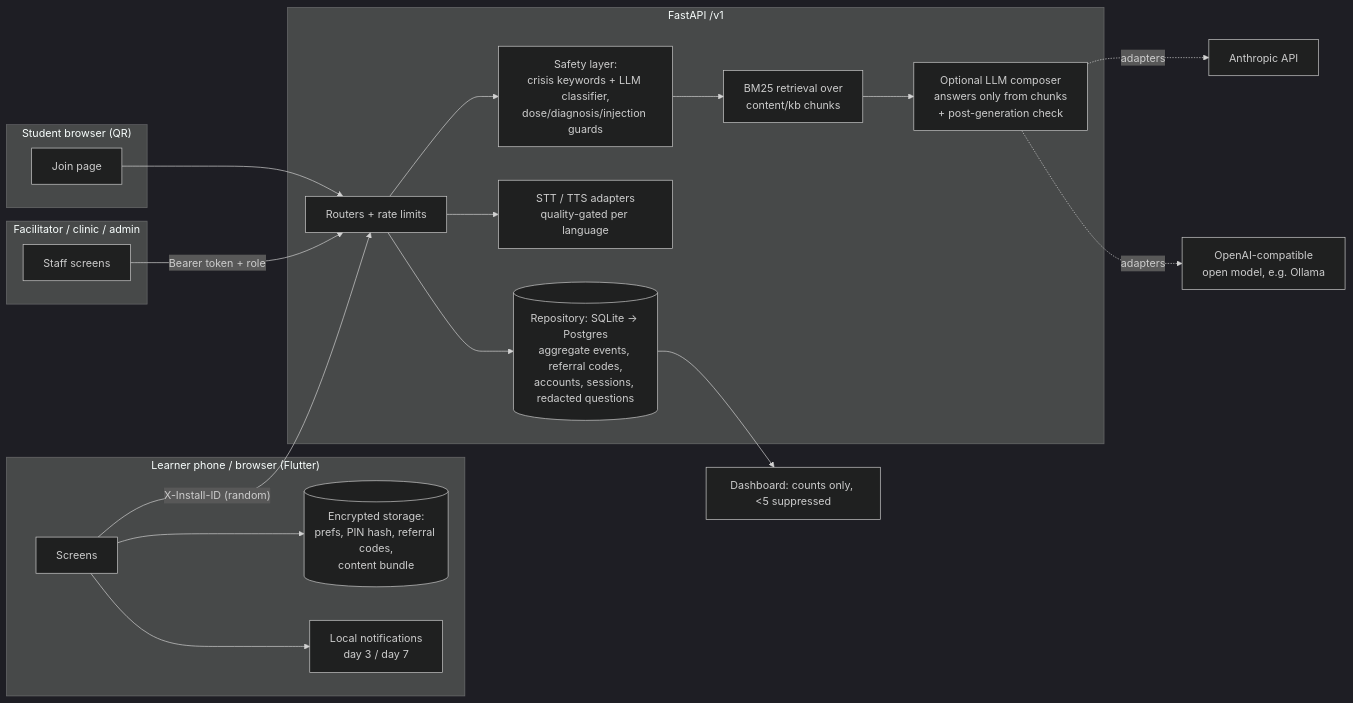
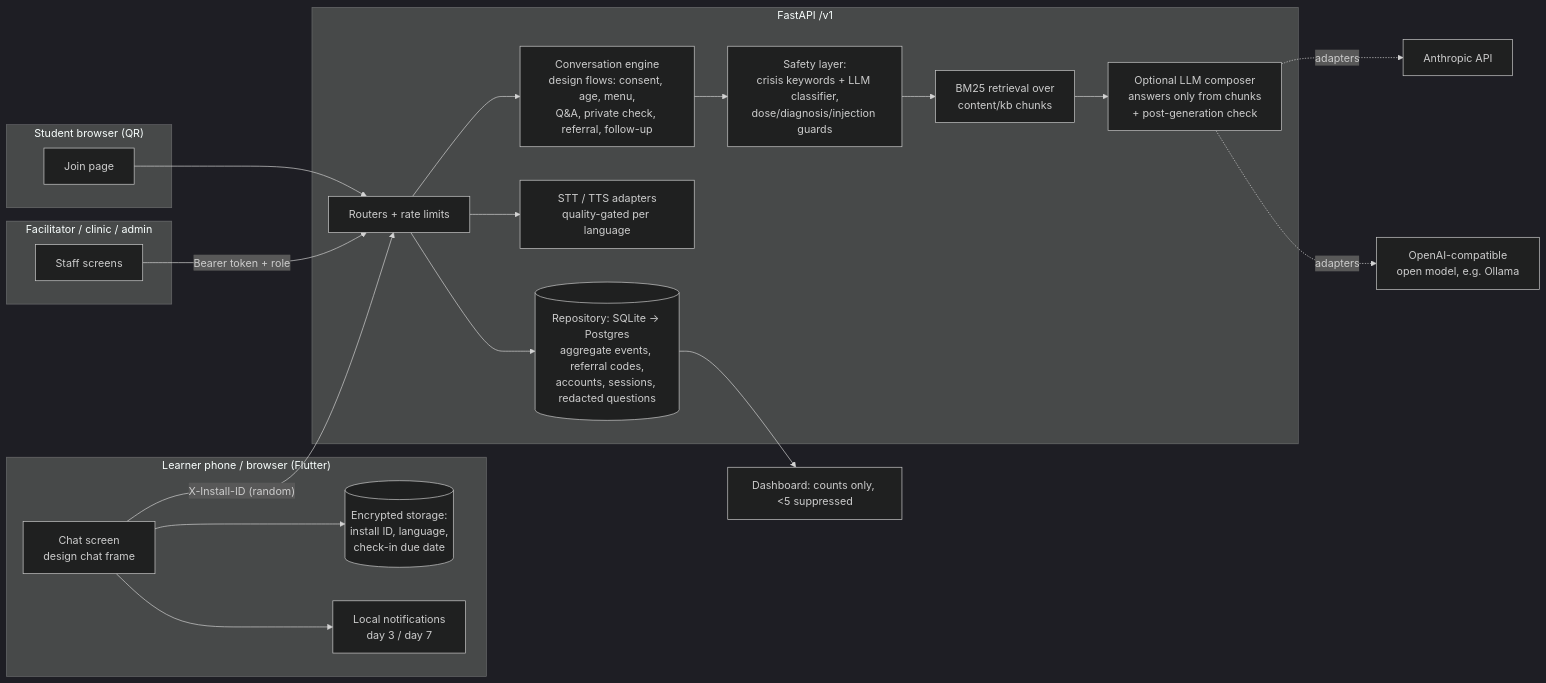
One commit to alamz-tech/nextstep changed the diagram in README.md. Above: the diagram before and after it, drawn with Mermaid (dark theme). The commit also changed other lines of this file and 4 other files, not shown here.

Commit message:
Update README, SAFETY, PRIVACY and demo script for the chat-only app

````diff
--- a/README.md
+++ b/README.md
@@ -25,26 +25,27 @@
 ```mermaid
 flowchart LR
   subgraph Device["Learner phone / browser (Flutter)"]
-    UI[Screens] --> SS[(Encrypted storage:<br/>prefs, PIN hash, referral codes,<br/>content bundle)]
+    UI[Chat screen<br/>design chat frame] --> SS[(Encrypted storage:<br/>install ID, language,<br/>check-in due date)]
     UI --> LN[Local notifications<br/>day 3 / day 7]
   end
   subgraph Student["Student browser (QR)"]
     JB[Join page]
   end
   subgraph Staff["Facilitator / clinic / admin"]
     FA[Staff screens]
   end
   UI -- "X-Install-ID (random)" --> API
   JB --> API
   FA -- "Bearer token + role" --> API
   subgraph Server["FastAPI /v1"]
-    API[Routers + rate limits] --> SAFE[Safety layer:<br/>crisis keywords + LLM classifier,<br/>dose/diagnosis/injection guards]
+    API[Routers + rate limits] --> ENG[Conversation engine<br/>design flows: consent, age, menu,<br/>Q&A, private check, referral, follow-up]
+    ENG --> SAFE[Safety layer:<br/>crisis keywords + LLM classifier,<br/>dose/diagnosis/injection guards]
     SAFE --> RET[BM25 retrieval over<br/>content/kb chunks]
     RET --> GEN[Optional LLM composer<br/>answers only from chunks<br/>+ post-generation check]
     API --> VOICE[STT / TTS adapters<br/>quality-gated per language]
     API --> REPO[(Repository: SQLite → Postgres<br/>aggregate events, referral codes,<br/>accounts, sessions, redacted questions)]
   end
   GEN -. adapters .-> LLM1[Anthropic API]
   GEN -. adapters .-> LLM2[OpenAI-compatible<br/>open model, e.g. Ollama]
   REPO --> DASH[Dashboard: counts only, <5 suppressed]
 ```
````
